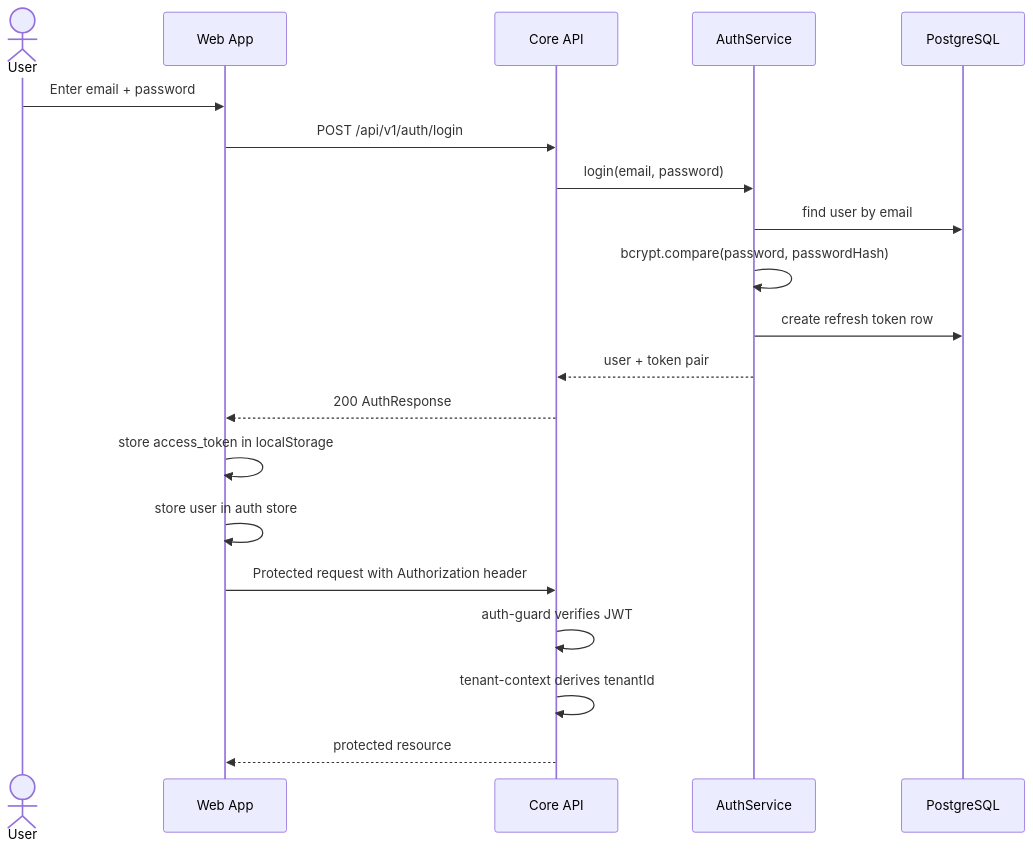
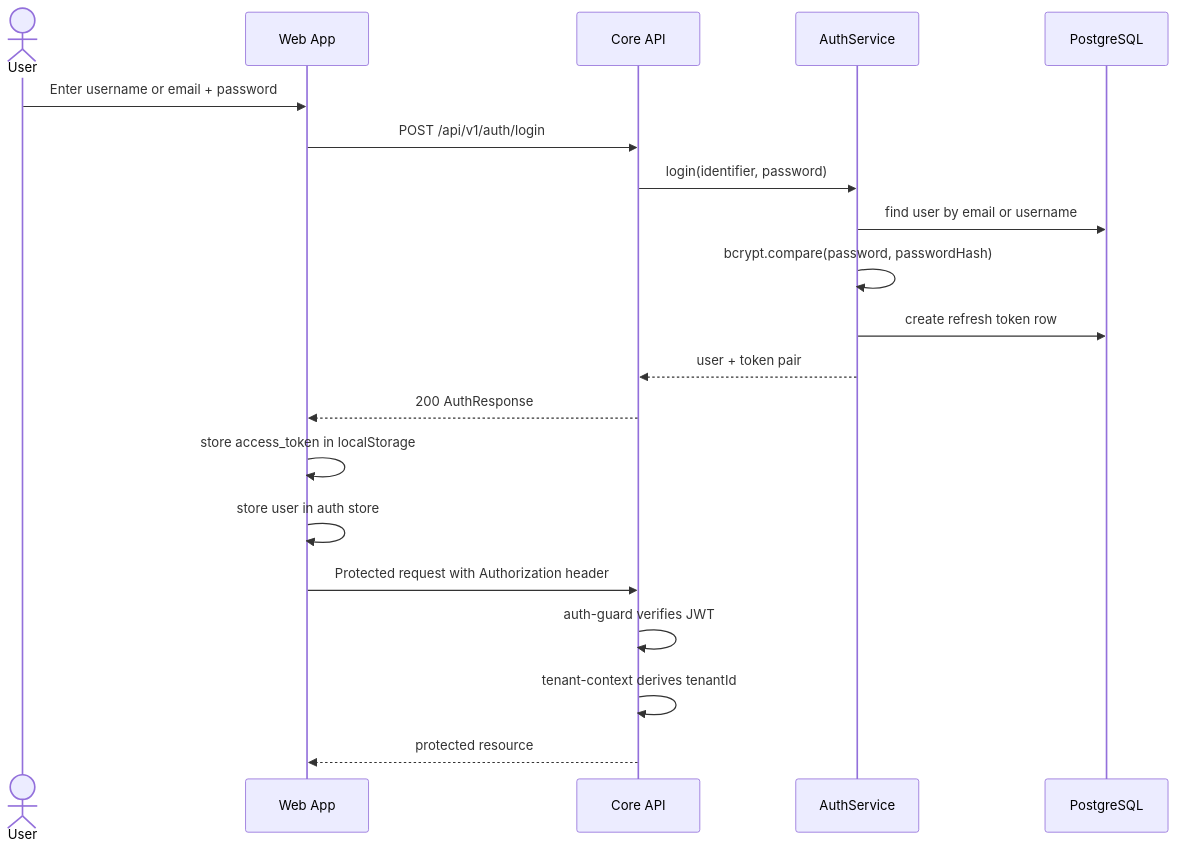
Before and after one commit to derek-dorazio/pool-master: the first of 6 diagrams in docs/AUTHENTICATION-AUTHORIZATION.md, drawn with Mermaid. The commit also changed other lines of this file and 24 other files, not shown here.

````diff
--- a/docs/AUTHENTICATION-AUTHORIZATION.md
+++ b/docs/AUTHENTICATION-AUTHORIZATION.md
@@ -116,23 +116,23 @@
 ```mermaid
 sequenceDiagram
     actor User
     participant Web as Web App
     participant API as Core API
     participant Auth as AuthService
     participant DB as PostgreSQL
 
-    User->>Web: Enter email + password
+    User->>Web: Enter username or email + password
     Web->>API: POST /api/v1/auth/login
-    API->>Auth: login(email, password)
-    Auth->>DB: find user by email
+    API->>Auth: login(identifier, password)
+    Auth->>DB: find user by email or username
     Auth->>Auth: bcrypt.compare(password, passwordHash)
     Auth->>DB: create refresh token row
     Auth-->>API: user + token pair
     API-->>Web: 200 AuthResponse
     Web->>Web: store access_token in localStorage
     Web->>Web: store user in auth store
     Web->>API: Protected request with Authorization header
     API->>API: auth-guard verifies JWT
     API->>API: tenant-context derives tenantId
     API-->>Web: protected resource
 ```
````
